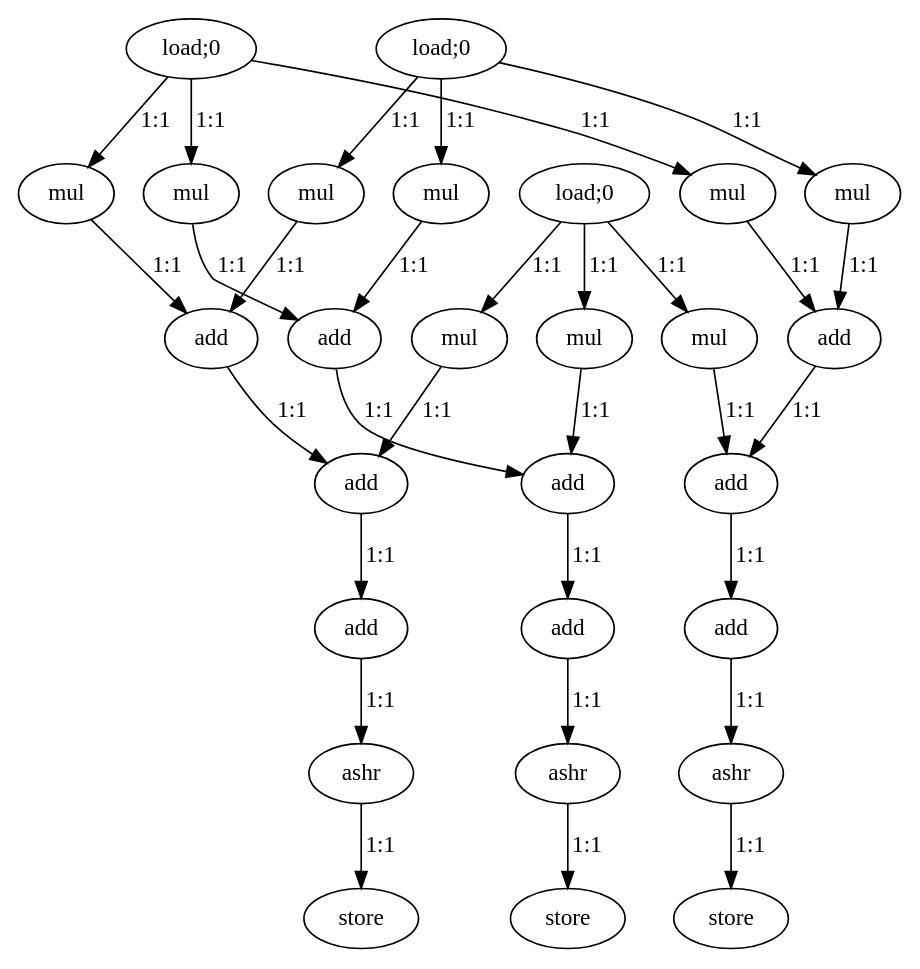
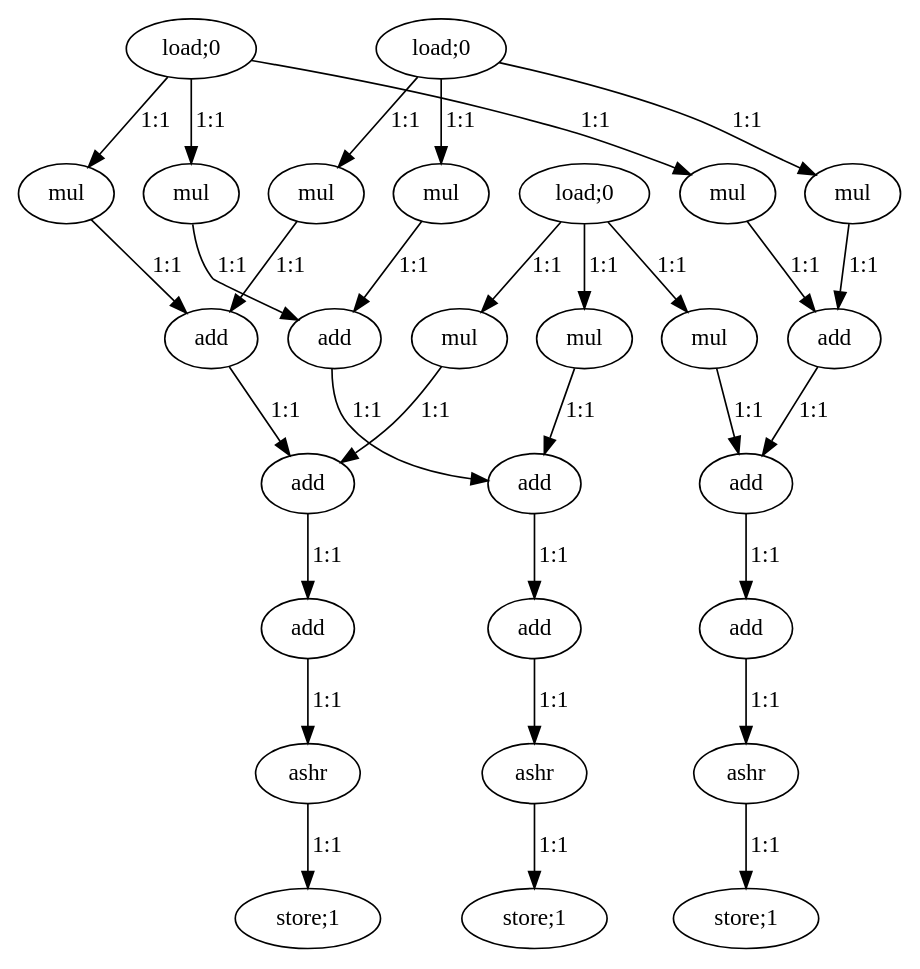
One commit to nikhilsambhus/DFGprop changed the diagram in large_dfgs/RGB2YIQ.dot. Above: the diagram before and after it, drawn with Graphviz. The commit also changed 13 other files, not shown here.

```diff
--- a/large_dfgs/RGB2YIQ.dot
+++ b/large_dfgs/RGB2YIQ.dot
@@ -1,63 +1,63 @@
 digraph RGB2YIQ {
   0 [label="load;0"];
   1 [label="load;0"];
   2 [label="mul"];
   3 [label="mul"];
   4 [label="mul"];
   5 [label="mul"];
   6 [label="load;0"];
   7 [label="mul"];
   8 [label="mul"];
   9 [label="add"];
   10 [label="add"];
   11 [label="mul"];
   12 [label="mul"];
   13 [label="mul"];
   14 [label="add"];
   15 [label="add"];
   16 [label="add"];
   17 [label="add"];
   18 [label="add"];
   19 [label="add"];
   20 [label="add"];
   21 [label="ashr"];
   22 [label="ashr"];
   23 [label="ashr"];
-  24 [label="store"];
-  25 [label="store"];
-  26 [label="store"];
+  24 [label="store;1"];
+  25 [label="store;1"];
+  26 [label="store;1"];
 
 
   0->2 [label="1:1"];
   0->3 [label="1:1"];
   0->7 [label="1:1"];
   1->4 [label="1:1"];
   1->5 [label="1:1"];
   1->8 [label="1:1"];
   2->9 [label="1:1"];
   3->10 [label="1:1"];
   4->9 [label="1:1"];
   5->10 [label="1:1"];
   6->11 [label="1:1"];
   6->12 [label="1:1"];
   6->13 [label="1:1"];
   7->14 [label="1:1"];
   8->14 [label="1:1"];
   9->15 [label="1:1"];
   10->16 [label="1:1"];
   11->15 [label="1:1"];
   12->16 [label="1:1"];
   13->17 [label="1:1"];
   14->17 [label="1:1"];
   15->18 [label="1:1"];
   16->19 [label="1:1"];
   17->20 [label="1:1"];
   18->21 [label="1:1"];
   19->22 [label="1:1"];
   20->23 [label="1:1"];
   21->24 [label="1:1"];
   22->25 [label="1:1"];
   23->26 [label="1:1"];
 
 
 }
```
